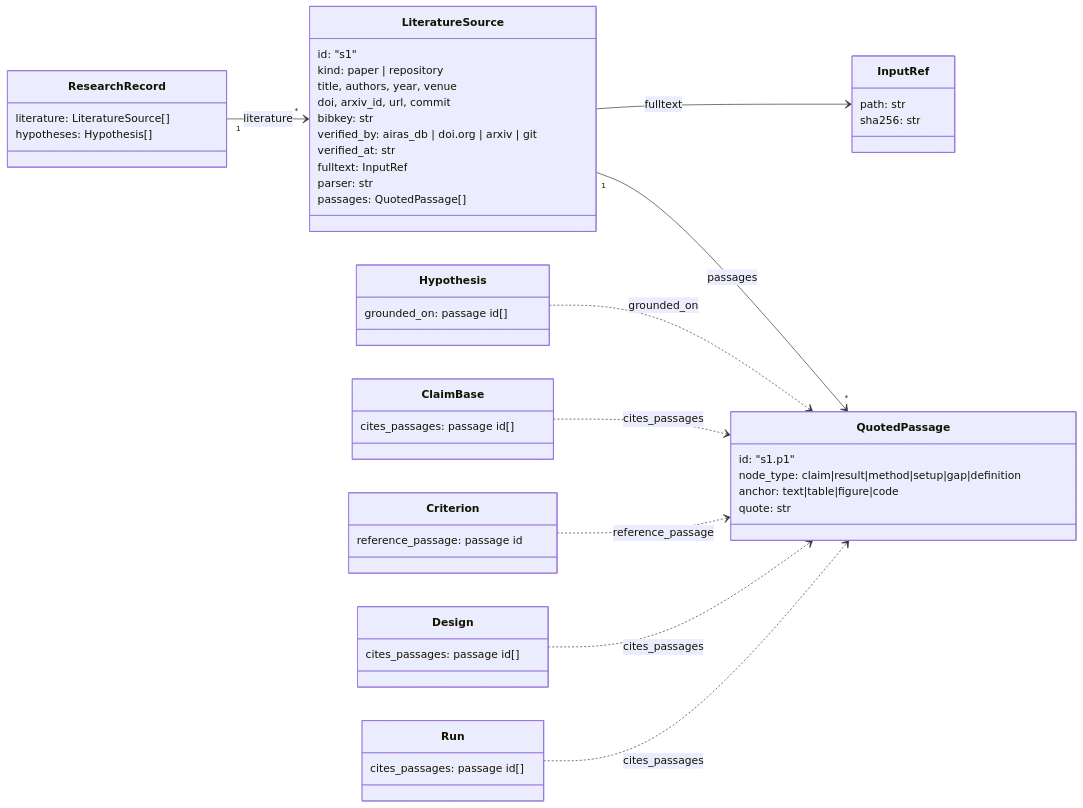
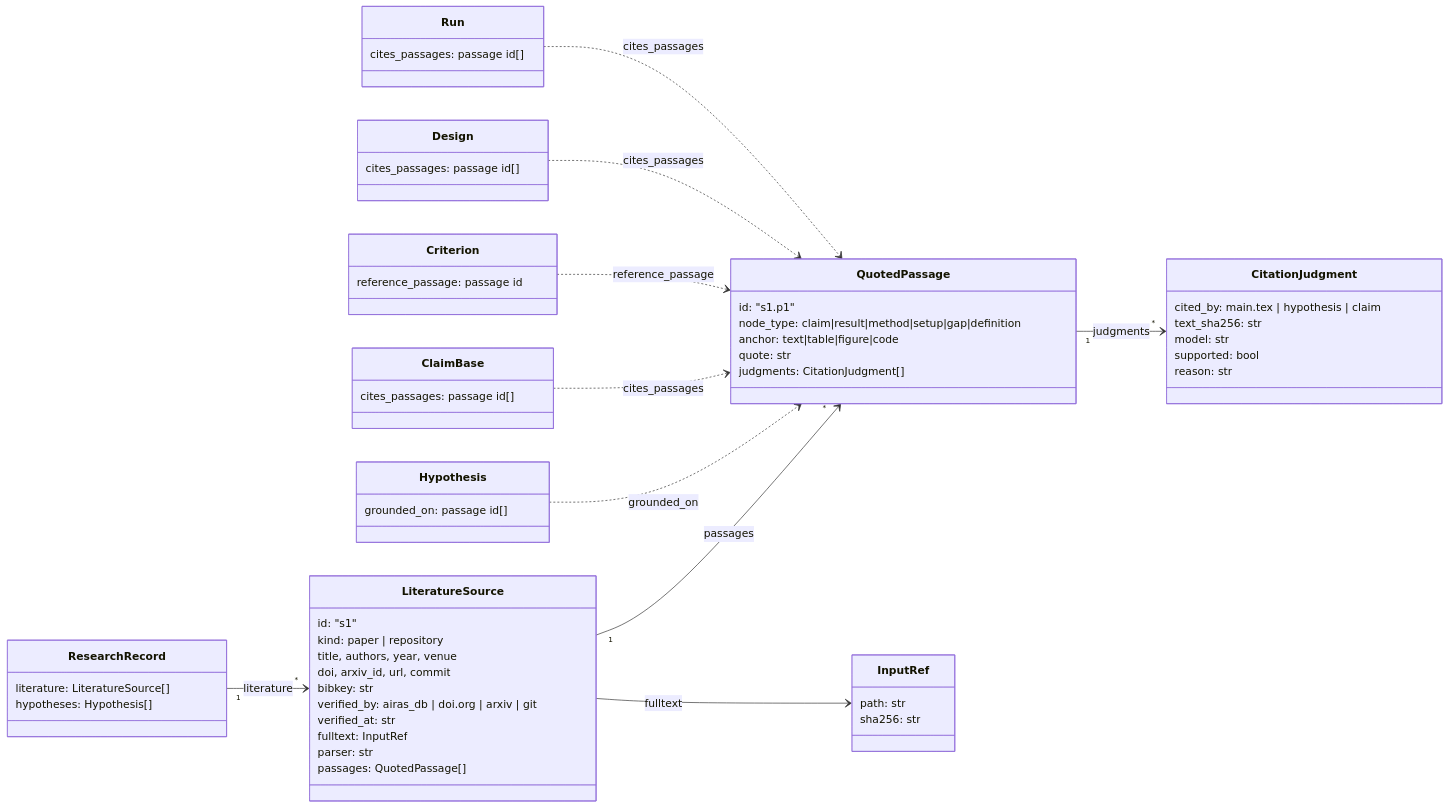
The first of 2 diagrams in docs/record-json-schema.md (airas-org/airas), drawn with Mermaid before and after one commit. The commit also changed other lines of this file and 15 other files, not shown here.

First line of the commit message:
feat(record): judge each citation against its passage, and keep the judgment (#1046)

````diff
--- a/docs/record-json-schema.md
+++ b/docs/record-json-schema.md
@@ -17,55 +16,64 @@
 ```mermaid
 classDiagram
     direction LR
 
     class ResearchRecord {
         literature: LiteratureSource[]
         hypotheses: Hypothesis[]
     }
     class LiteratureSource {
         id: "s1"
         kind: paper | repository
         title, authors, year, venue
         doi, arxiv_id, url, commit
         bibkey: str
         verified_by: airas_db | doi.org | arxiv | git
         verified_at: str
         fulltext: InputRef
         parser: str
         passages: QuotedPassage[]
     }
     class QuotedPassage {
         id: "s1.p1"
         node_type: claim|result|method|setup|gap|definition
         anchor: text|table|figure|code
         quote: str
+        judgments: CitationJudgment[]
+    }
+    class CitationJudgment {
+        cited_by: main.tex | hypothesis | claim
+        text_sha256: str
+        model: str
+        supported: bool
+        reason: str
     }
     class InputRef {
         path: str
         sha256: str
     }
     class Hypothesis {
         grounded_on: passage id[]
     }
     class ClaimBase {
         cites_passages: passage id[]
     }
     class Criterion {
         reference_passage: passage id
     }
     class Design {
         cites_passages: passage id[]
     }
     class Run {
         cites_passages: passage id[]
     }
 
     ResearchRecord "1" --> "*" LiteratureSource : literature
     LiteratureSource "1" --> "*" QuotedPassage : passages
+    QuotedPassage "1" --> "*" CitationJudgment : judgments
     LiteratureSource --> InputRef : fulltext
     Hypothesis ..> QuotedPassage : grounded_on
     ClaimBase ..> QuotedPassage : cites_passages
     Criterion ..> QuotedPassage : reference_passage
     Design ..> QuotedPassage : cites_passages
     Run ..> QuotedPassage : cites_passages
 ```
````
